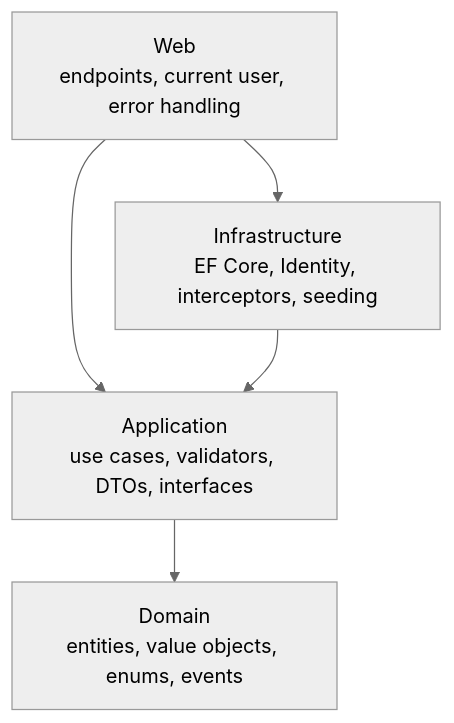
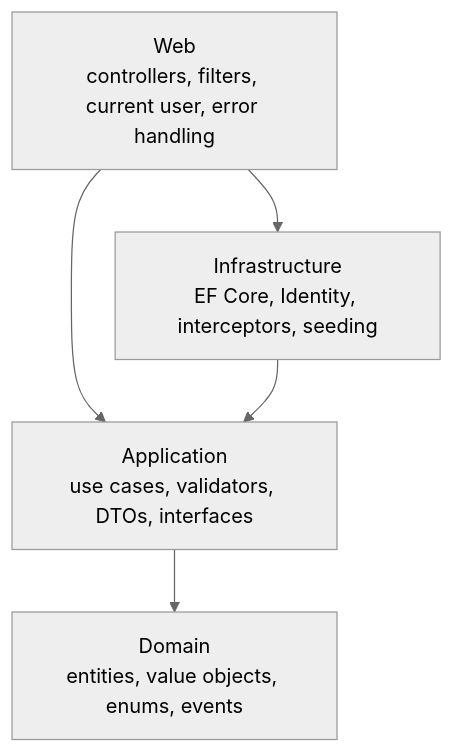
Before and after one commit to ahmedshahjr/Education-Portal: the third of 22 diagrams in README.md, drawn with Mermaid (neutral theme). The commit also changed other lines of this file and 409 other files, not shown here.

````diff
--- a/README.md
+++ b/README.md
@@ -303,11 +304,11 @@
 ```mermaid
 flowchart TB
-    web["Web<br/>endpoints, current user, error handling"]
+    web["Web<br/>controllers, filters, current user, error handling"]
     infra["Infrastructure<br/>EF Core, Identity, interceptors, seeding"]
     app["Application<br/>use cases, validators, DTOs, interfaces"]
     domain["Domain<br/>entities, value objects, enums, events"]
     web --> app
     web --> infra
     infra --> app
     app --> domain
 ```
````
